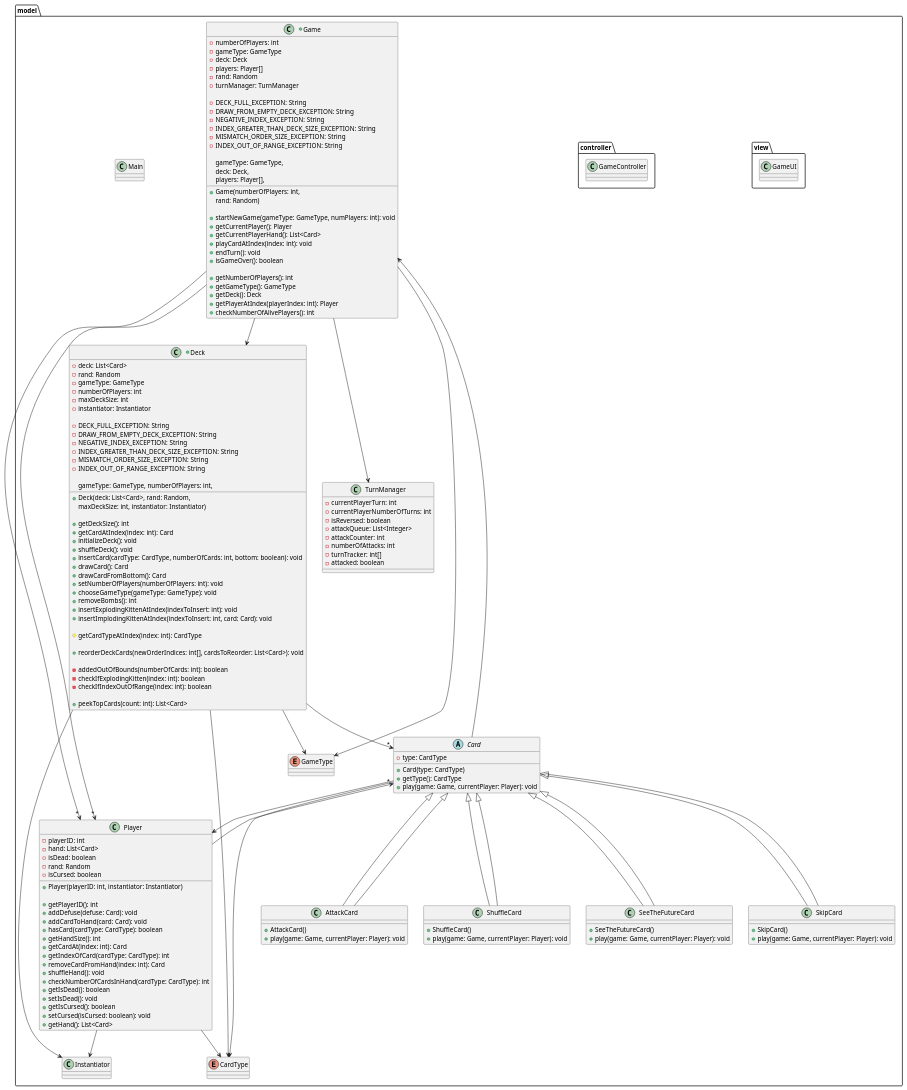
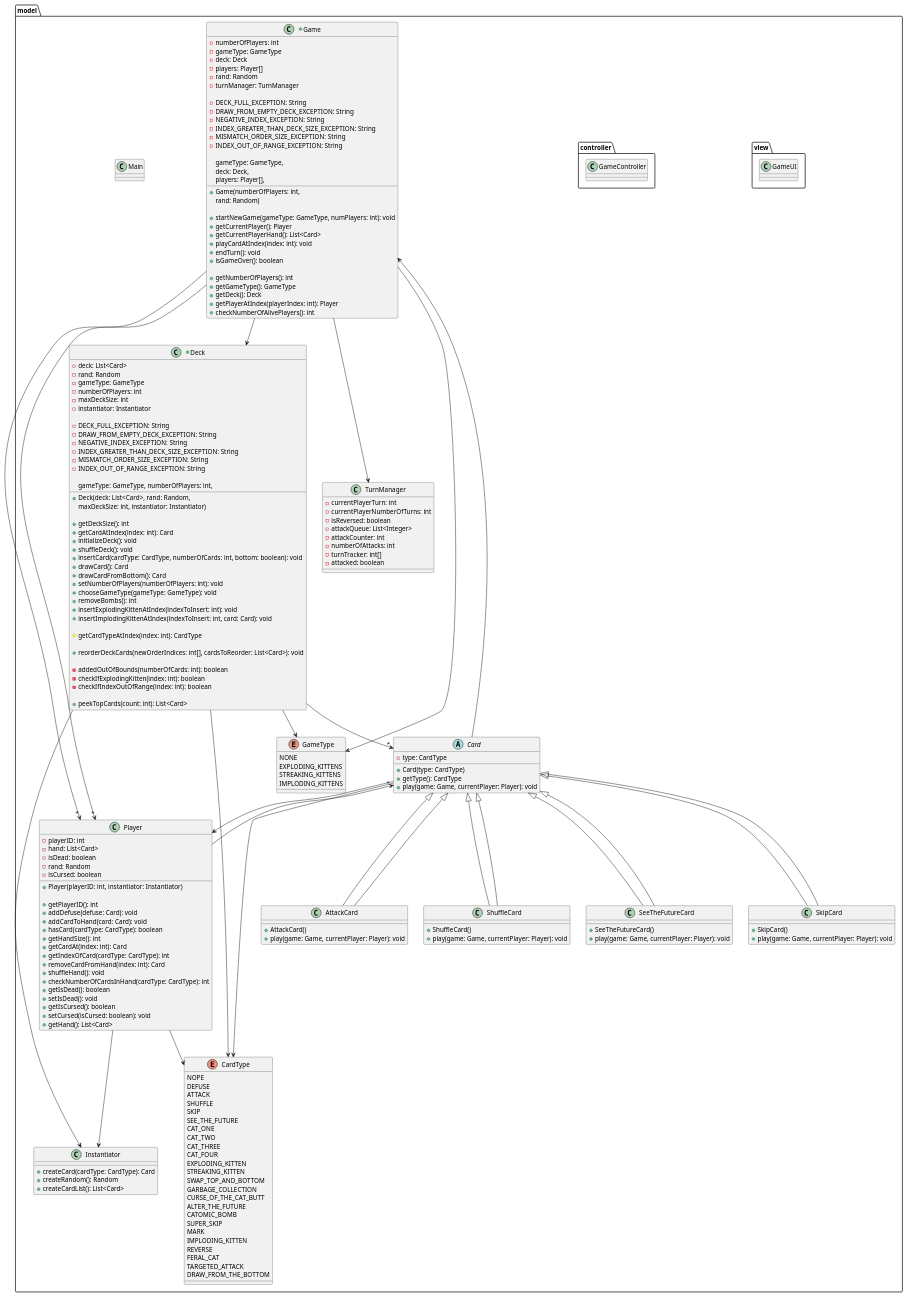
Before and after one commit to nu-cs-sw-design/project-20252601-solid: the diagram in docs/design/new.puml, drawn with PlantUML.

Commit message:
Refine Game, Deck, Player, and Card UML for improved design

```diff
--- a/docs/design/new.puml
+++ b/docs/design/new.puml
@@ -175,14 +175,45 @@
     Player --> Instantiator
 
 
-    class Instantiator {
-    }
+     class Instantiator {
+         + createCard(cardType: CardType): Card
+         + createRandom(): Random
+         + createCardList(): List<Card>
+     }
 
-    enum GameType {
-    }
+     enum GameType {
+         NONE
+         EXPLODING_KITTENS
+         STREAKING_KITTENS
+         IMPLODING_KITTENS
+     }
 
-    enum CardType {
-    }
+     enum CardType {
+         NOPE
+         DEFUSE
+         ATTACK
+         SHUFFLE
+         SKIP
+         SEE_THE_FUTURE
+         CAT_ONE
+         CAT_TWO
+         CAT_THREE
+         CAT_FOUR
+         EXPLODING_KITTEN
+         STREAKING_KITTEN
+         SWAP_TOP_AND_BOTTOM
+         GARBAGE_COLLECTION
+         CURSE_OF_THE_CAT_BUTT
+         ALTER_THE_FUTURE
+         CATOMIC_BOMB
+         SUPER_SKIP
+         MARK
+         IMPLODING_KITTEN
+         REVERSE
+         FERAL_CAT
+         TARGETED_ATTACK
+         DRAW_FROM_THE_BOTTOM
+     }
 
 
 package view {
```
